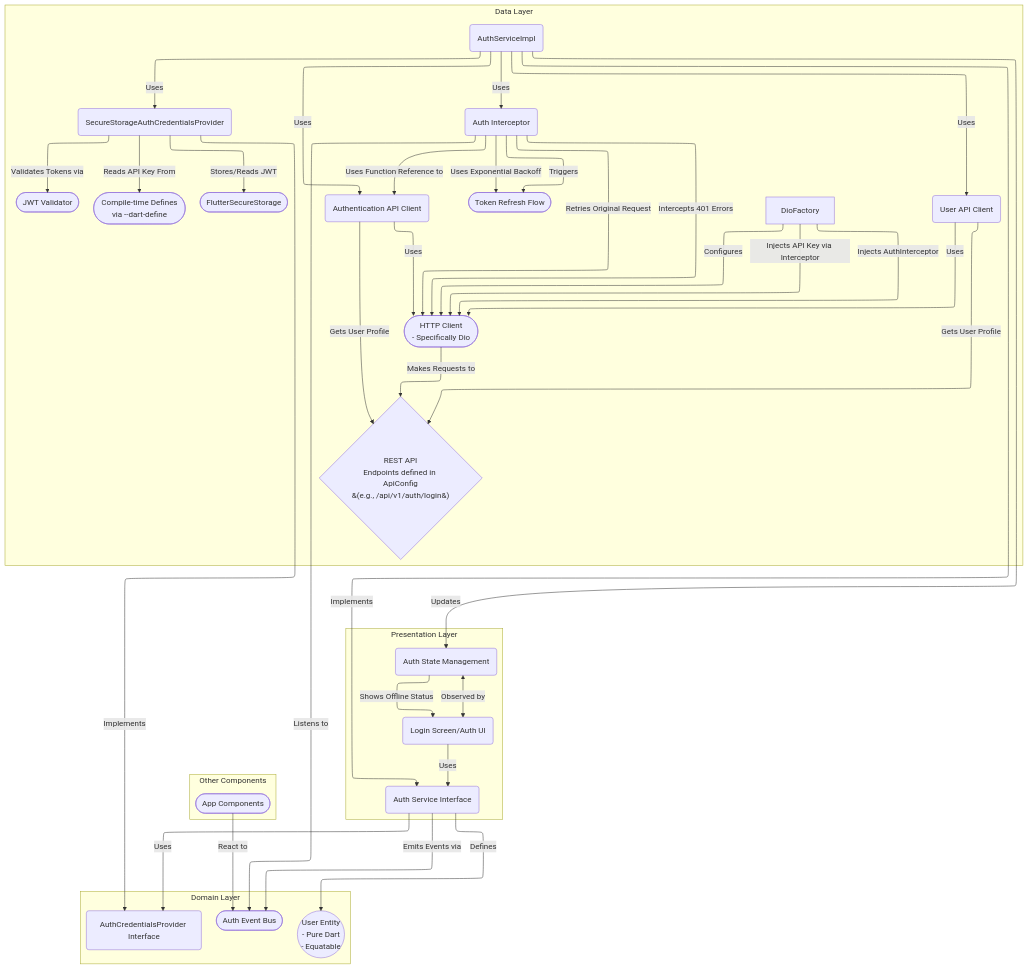
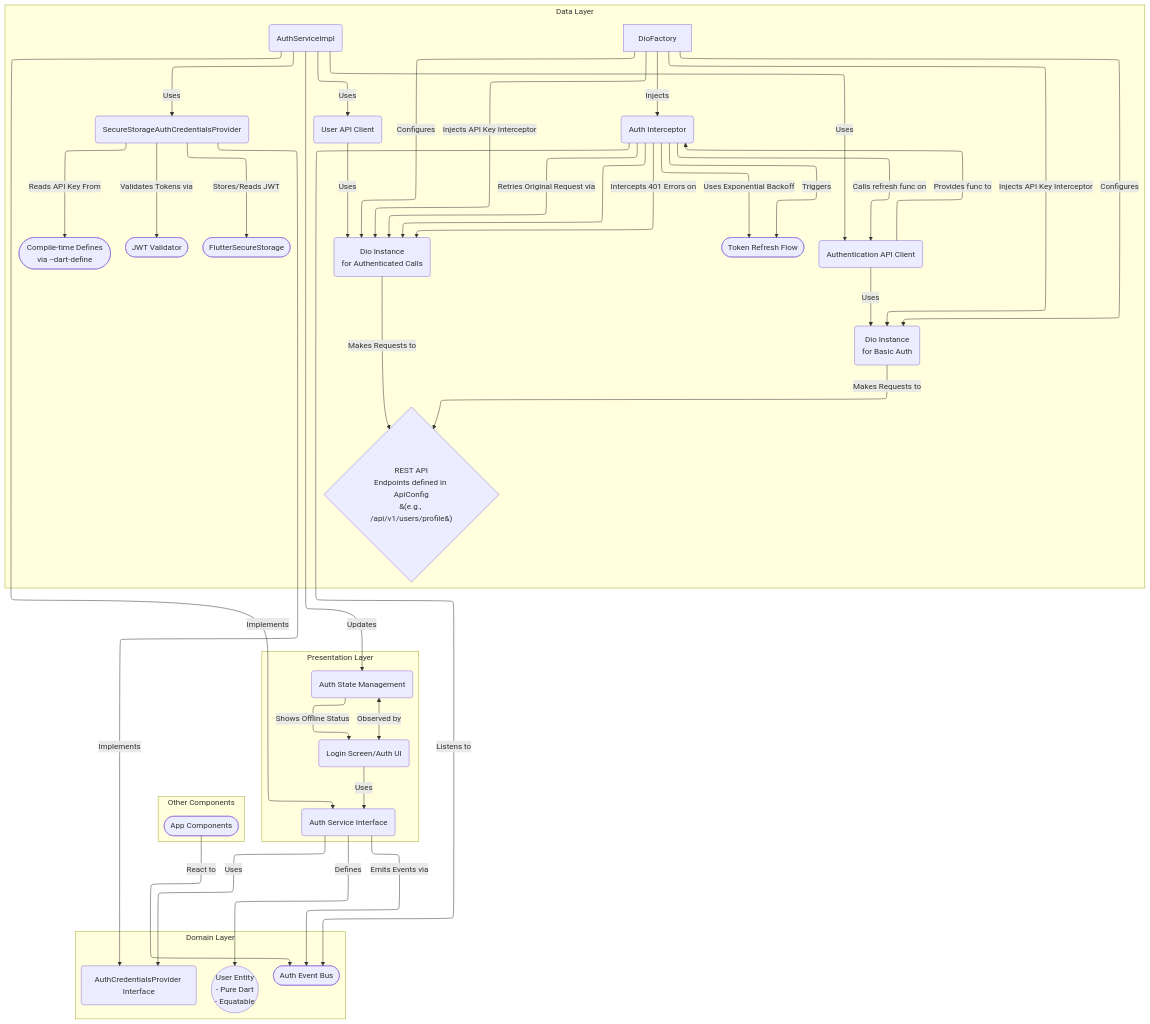
The first of 2 diagrams in docs/current/feature-auth-architecture.md (MediScribe/docjet-mobile), drawn with Mermaid before and after one commit. The commit also changed other lines of this file and 6 other files, not shown here.

First line of the commit message:
docs: update auth architecture diagram to reflect Split Client pattern

````diff
--- a/docs/current/feature-auth-architecture.md
+++ b/docs/current/feature-auth-architecture.md
@@ -9,52 +9,54 @@
 ```mermaid
 %%{init: {'flowchart': {'defaultRenderer': 'elk'}}}%%
 graph TD
     subgraph "Presentation Layer"
         UI(Login Screen/Auth UI) -->|Uses| AuthService(Auth Service Interface)
         AuthState(Auth State Management) <-->|Observed by| UI
         AuthState -->|Shows Offline Status| UI
     end
 
     subgraph "Domain Layer"
         AuthService -->|Defines| User((User Entity<br>- Pure Dart<br>- Equatable))
         AuthService -->|Uses| AuthCredProvider(AuthCredentialsProvider Interface)
         AuthService -->|Emits Events via| AuthEventBus([Auth Event Bus])
     end
 
     subgraph "Data Layer"
         AuthServiceImpl(AuthServiceImpl) -->|Implements| AuthService
         AuthServiceImpl -->|Uses| AuthenticationApiClient(Authentication API Client)
         AuthServiceImpl -->|Uses| UserApiClient(User API Client)
         AuthServiceImpl -->|Updates| AuthState
         AuthServiceImpl -->|Uses| AuthCredProviderImpl(SecureStorageAuthCredentialsProvider)
-        AuthServiceImpl -->|Uses| AuthInterceptor(Auth Interceptor)
-        
+
         AuthCredProviderImpl -->|Implements| AuthCredProvider
         AuthCredProviderImpl -->|Reads API Key From| CompileDefines([Compile-time Defines<br>via --dart-define])
         AuthCredProviderImpl -->|Stores/Reads JWT| SecureStorage([FlutterSecureStorage])
         AuthCredProviderImpl -->|Validates Tokens via| JwtValidator([JWT Validator])
-        
-        DioFactory -->|Configures| HttpClient
-        DioFactory -->|Injects API Key via Interceptor| HttpClient
-        DioFactory -->|Injects AuthInterceptor| HttpClient
-        
-        AuthenticationApiClient -->|Uses| HttpClient([HTTP Client<br>- Specifically Dio])
-        AuthenticationApiClient -->|Gets User Profile| AuthAPI
-        
-        UserApiClient -->|Uses| HttpClient([HTTP Client<br>- Specifically Dio])
-        UserApiClient -->|Gets User Profile| AuthAPI
-        
-        AuthInterceptor -->|Intercepts 401 Errors| HttpClient
+
+        DioFactory -->|Configures| basicDio(Dio Instance<br>for Basic Auth)
+        DioFactory -->|Injects API Key Interceptor| basicDio
+        DioFactory -->|Configures| authenticatedDio(Dio Instance<br>for Authenticated Calls)
+        DioFactory -->|Injects API Key Interceptor| authenticatedDio
+        DioFactory -->|Injects| AuthInterceptor(Auth Interceptor) --> authenticatedDio
+
+        AuthenticationApiClient -->|Uses| basicDio
+        AuthenticationApiClient -->|Provides func to| AuthInterceptor
+
+        UserApiClient -->|Uses| authenticatedDio
+
+        AuthInterceptor -->|Intercepts 401 Errors on| authenticatedDio
+        AuthInterceptor -->|Calls refresh func on| AuthenticationApiClient
         AuthInterceptor -->|Triggers| TokenRefresh([Token Refresh Flow])
-        AuthInterceptor -->|Retries Original Request| HttpClient
+        AuthInterceptor -->|Retries Original Request via| authenticatedDio
         AuthInterceptor -->|Uses Exponential Backoff| TokenRefresh
         AuthInterceptor -->|Listens to| AuthEventBus
-        AuthInterceptor -->|Uses Function Reference to| AuthenticationApiClient
-        
-        HttpClient -->|Makes Requests to| AuthAPI{REST API<br>Endpoints defined in ApiConfig<br>&#40;e.g., /api/v1/auth/login&#41;}
+
+        basicDio -->|Makes Requests to| AuthAPI{REST API<br>Endpoints defined in ApiConfig<br>&#40;e.g., /api/v1/auth/login&#41;}
+        authenticatedDio -->|Makes Requests to| AuthAPI{REST API<br>Endpoints defined in ApiConfig<br>&#40;e.g., /api/v1/users/profile&#41;}
+
     end
 
     subgraph "Other Components"
         OtherComponents([App Components]) -->|React to| AuthEventBus
     end
 ```
````
